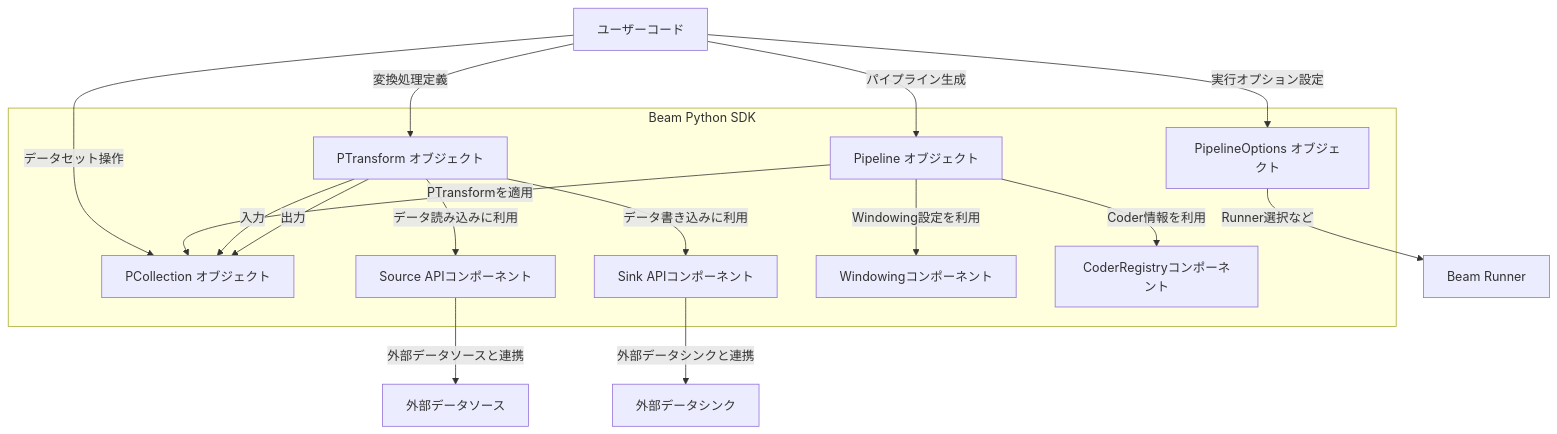
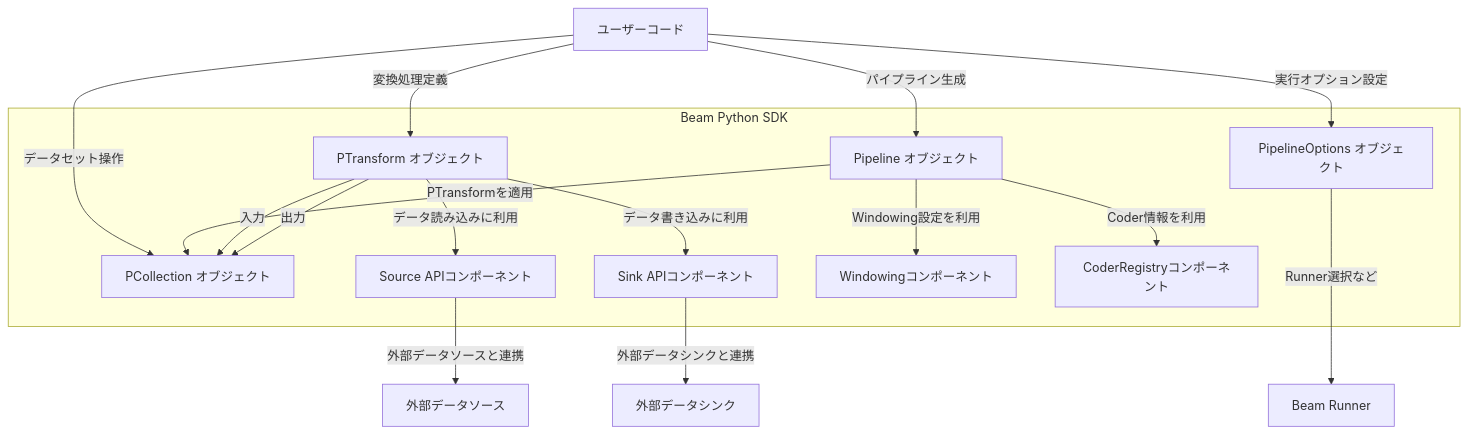
Before and after one commit to suwa-sh/zenn-contents: the third of 5 diagrams in articles/apache_beam_20250522.md, drawn with Mermaid. The commit also changed other lines of this file and 1 other file, not shown here.

````diff
--- a/articles/apache_beam_20250522.md
+++ b/articles/apache_beam_20250522.md
@@ -88,29 +88,29 @@
 ```mermaid
 graph TD
     subgraph SDK [Beam Python SDK]
         Pipeline[Pipeline オブジェクト]
         PCollection[PCollection オブジェクト]
         PTransform[PTransform オブジェクト]
         SourceAPI[Source APIコンポーネント]
         SinkAPI[Sink APIコンポーネント]
         Options[PipelineOptions オブジェクト]
         Windowing[Windowingコンポーネント]
         CoderRegistry[CoderRegistryコンポーネント]
     end
 
     U[ユーザーコード] -- パイプライン生成 --> Pipeline
     U -- 変換処理定義 --> PTransform
     U -- データセット操作 --> PCollection
     U -- 実行オプション設定 --> Options
     Pipeline -- PTransformを適用 --> PCollection
     Pipeline -- Windowing設定を利用 --> Windowing
     Pipeline -- Coder情報を利用 --> CoderRegistry
     PTransform -- 入力 --> PCollection
     PTransform -- 出力 --> PCollection
     PTransform -- データ読み込みに利用 --> SourceAPI
     PTransform -- データ書き込みに利用 --> SinkAPI
     SourceAPI -- 外部データソースと連携 --> ExtSrc[外部データソース]
     SinkAPI -- 外部データシンクと連携 --> ExtSnk[外部データシンク]
-    Options -- Runner選択など --> Runner[Beam Runner]
+    Options -- Runner選択など ---> Runner[Beam Runner]
 
 ```
````
